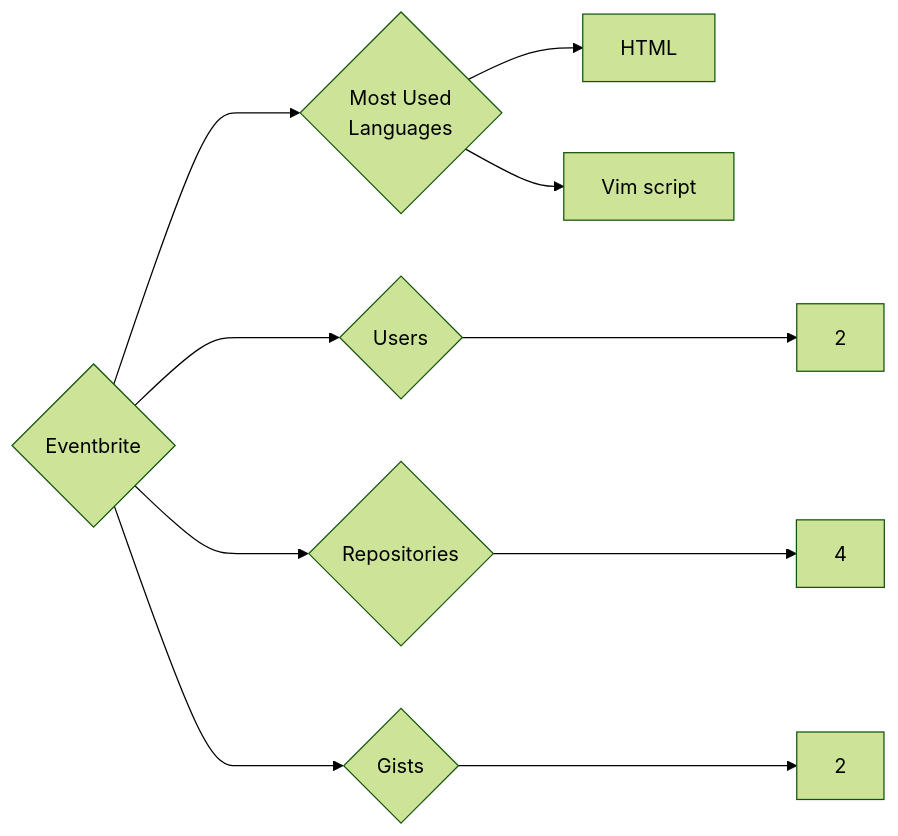
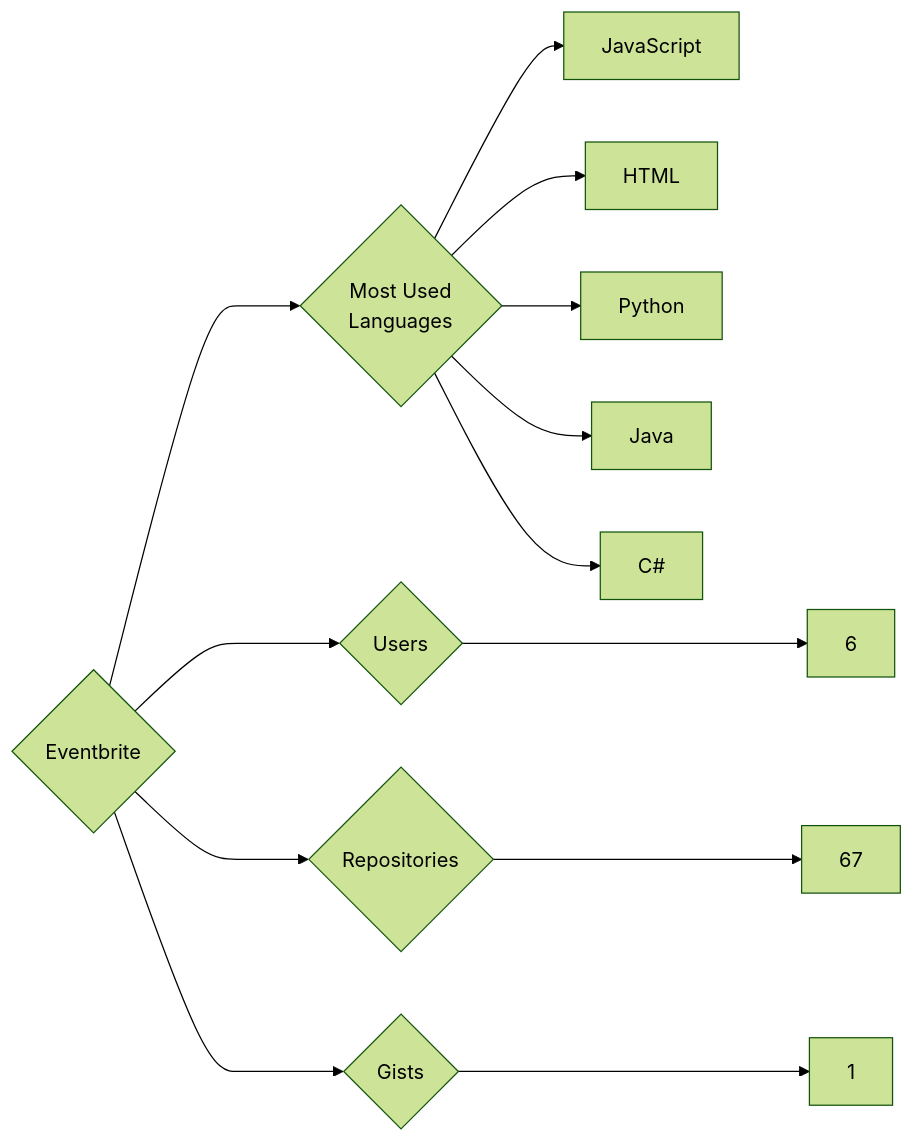
The diagram in targets/Eventbrite/README.md (trickest/insiders), drawn with Mermaid (forest theme) before and after one commit. The commit also changed 748 other files, not shown here.

````diff
--- a/targets/Eventbrite/README.md
+++ b/targets/Eventbrite/README.md
@@ -3,10 +3,13 @@
 ```mermaid
 graph LR
 COMPANY_NAME{Eventbrite}
-COMPANY_NAME ---> U{Users} ---> UN[2]
-COMPANY_NAME ---> R{Repositories} ---> RN[4]
-COMPANY_NAME ---> G{Gists} ---> GN[2]
+COMPANY_NAME ---> U{Users} ---> UN[6]
+COMPANY_NAME ---> R{Repositories} ---> RN[67]
+COMPANY_NAME ---> G{Gists} ---> GN[1]
 COMPANY_NAME ---> ML{Most Used<br>Languages}
+ML --> JavaScript[JavaScript]
 ML --> HTML[HTML]
-ML --> Vim_script[Vim script]
+ML --> Python[Python]
+ML --> Java[Java]
+ML --> C#[C#]
 ```
````
